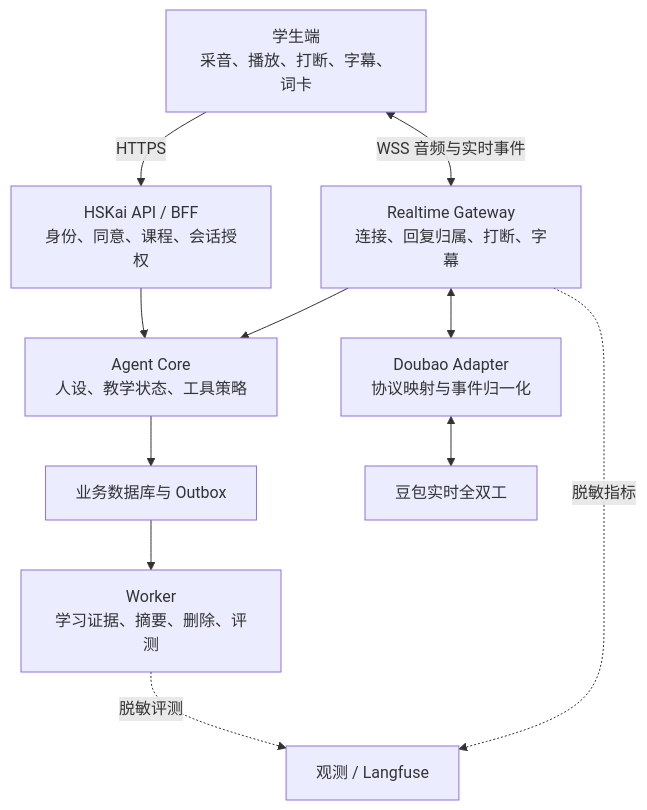
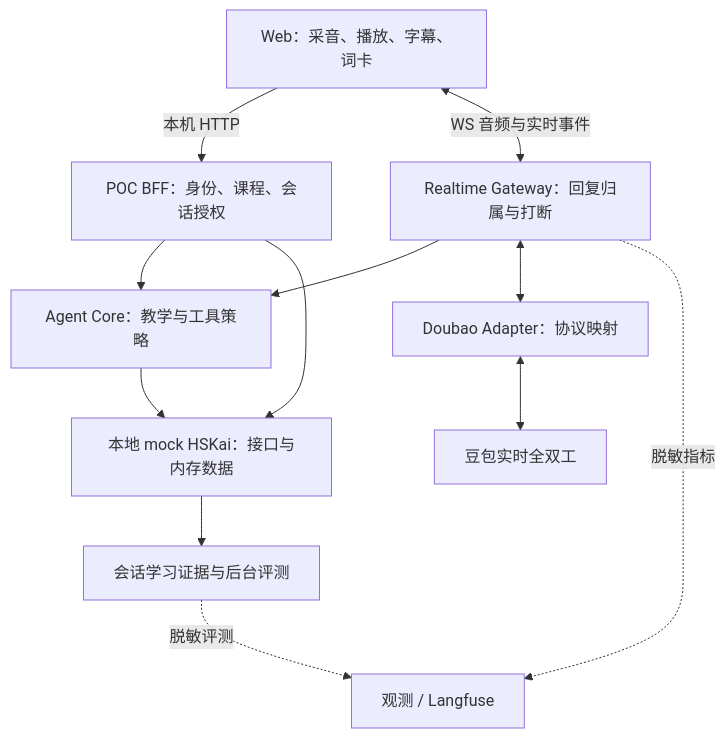
Before and after one commit to yqhuang-cyber/ask-kai: the first of 2 diagrams in README.md, drawn with Mermaid. The commit also changed other lines of this file and 30 other files, not shown here.

Commit message:
Make Ask Kai a standalone POC with local mock HSKai

```diff
--- a/README.md
+++ b/README.md
@@ -62,13 +64,14 @@
 ~~~mermaid
 flowchart TB
-    UI["学生端<br/>采音、播放、打断、字幕、词卡"] -->|"HTTPS"| API["HSKai API / BFF<br/>身份、同意、课程、会话授权"]
-    UI <-->|"WSS 音频与实时事件"| GW["Realtime Gateway<br/>连接、回复归属、打断、字幕"]
-    API --> CORE["Agent Core<br/>人设、教学状态、工具策略"]
+    UI["Web：采音、播放、字幕、词卡"] -->|"本机 HTTP"| API["POC BFF：身份、课程、会话授权"]
+    UI <-->|"WS 音频与实时事件"| GW["Realtime Gateway：回复归属与打断"]
+    API --> CORE["Agent Core：教学与工具策略"]
+    API --> DB
     GW --> CORE
-    GW <--> ADAPTER["Doubao Adapter<br/>协议映射与事件归一化"]
+    GW <--> ADAPTER["Doubao Adapter：协议映射"]
     ADAPTER <--> DOUBAO["豆包实时全双工"]
-    CORE --> DB["业务数据库与 Outbox"]
-    DB --> WORKER["Worker<br/>学习证据、摘要、删除、评测"]
+    CORE --> DB["本地 mock HSKai：接口与内存数据"]
+    DB --> WORKER["会话学习证据与后台评测"]
     GW -. "脱敏指标" .-> OBS["观测 / Langfuse"]
     WORKER -. "脱敏评测" .-> OBS
 ~~~
```
